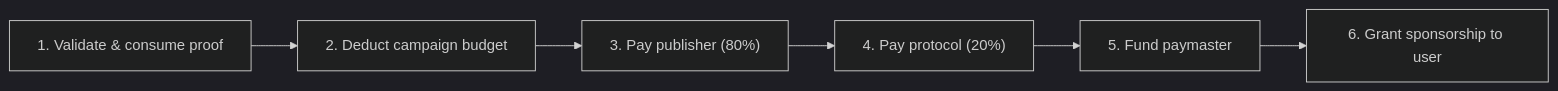
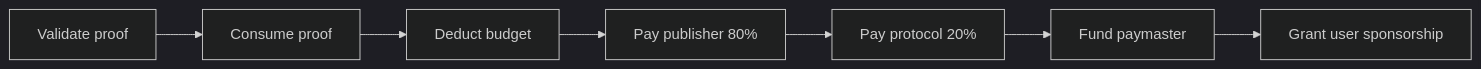
Before and after one commit to Shrysxs/algorand-protocol: the third of 3 diagrams in README.md, drawn with Mermaid (dark theme). The commit also changed other lines of this file, not shown here.

Commit message:
polish README with full architecture, SDK docs, and demo flow

````diff
--- a/README.md
+++ b/README.md
@@ -123,8 +161,9 @@
 ```mermaid
 graph LR
-    A["1. Validate & consume proof"] --> B["2. Deduct campaign budget"]
-    B --> C["3. Pay publisher (80%)"]
-    C --> D["4. Pay protocol (20%)"]
-    D --> E["5. Fund paymaster"]
-    E --> F["6. Grant sponsorship to user"]
+    A["Validate proof"] --> B["Consume proof"]
+    B --> C["Deduct budget"]
+    C --> D["Pay publisher 80%"]
+    D --> E["Pay protocol 20%"]
+    E --> F["Fund paymaster"]
+    F --> G["Grant user sponsorship"]
 ```
````
